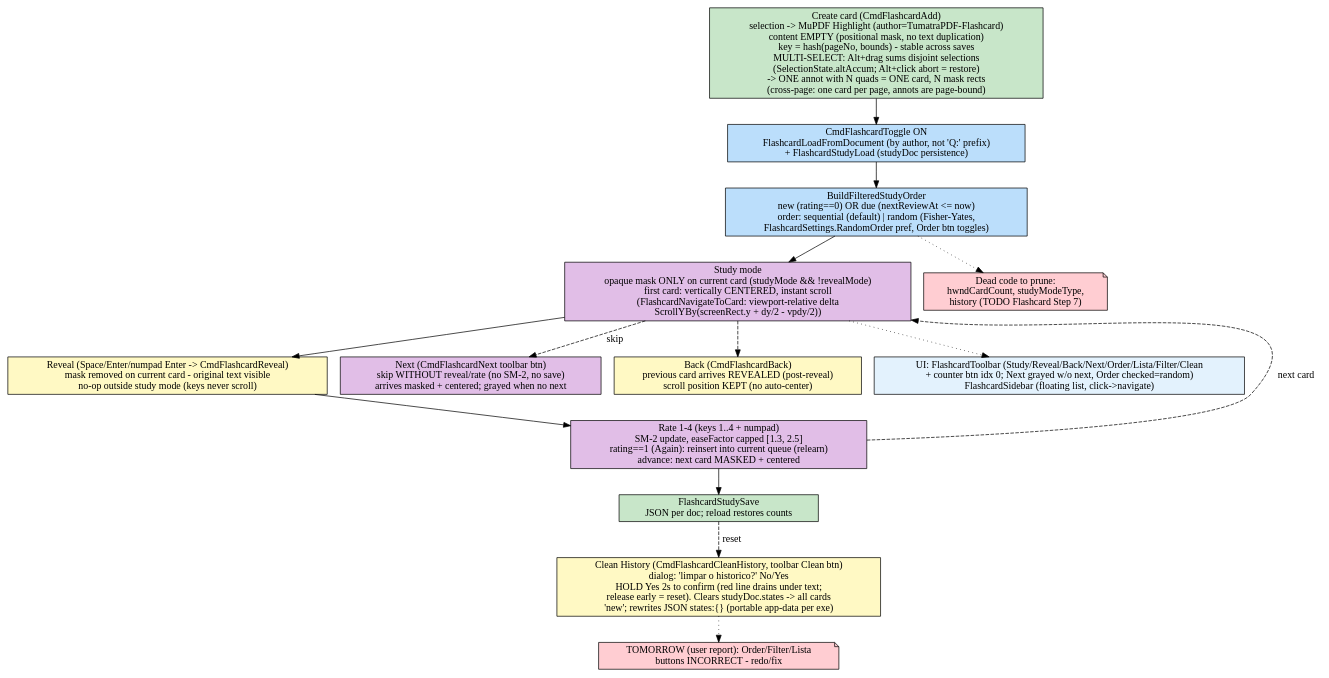
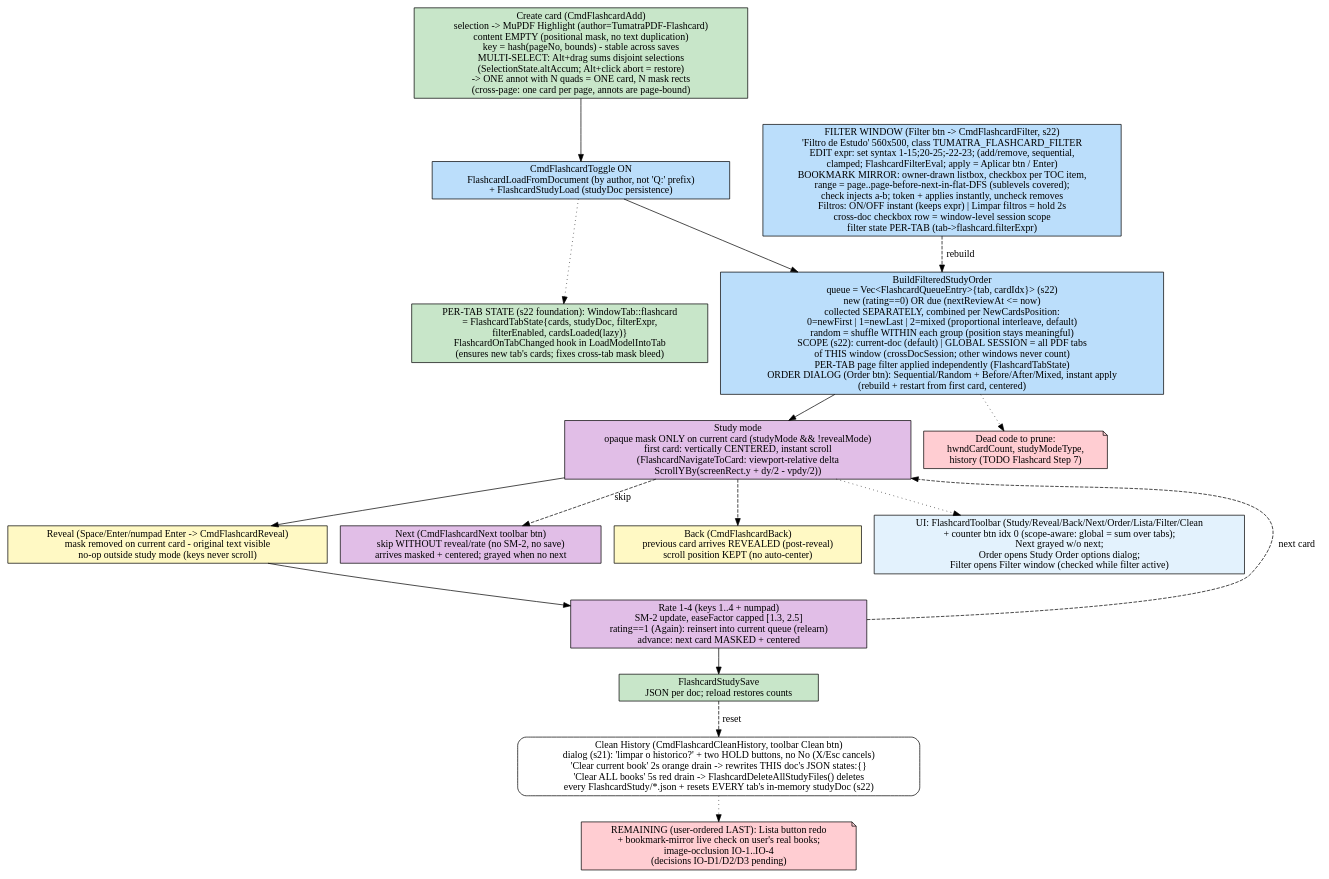
The diagram in FLOW/flashcard.dot (FelipeTesta/TumatraPDF), drawn with Graphviz before and after one commit. The commit also changed 23 other files, not shown here.

```diff
--- a/FLOW/flashcard.dot
+++ b/FLOW/flashcard.dot
@@ -1,30 +1,35 @@
 digraph Flashcard {
     rankdir=TB;
     node [shape=box, style=rounded];
 
     create [label="Create card (CmdFlashcardAdd)\nselection -> MuPDF Highlight (author=TumatraPDF-Flashcard)\ncontent EMPTY (positional mask, no text duplication)\nkey = hash(pageNo, bounds) - stable across saves\nMULTI-SELECT: Alt+drag sums disjoint selections\n(SelectionState.altAccum; Alt+click abort = restore)\n-> ONE annot with N quads = ONE card, N mask rects\n(cross-page: one card per page, annots are page-bound)", fillcolor="#c8e6c9", style=filled];
     load [label="CmdFlashcardToggle ON\nFlashcardLoadFromDocument (by author, not 'Q:' prefix)\n+ FlashcardStudyLoad (studyDoc persistence)", fillcolor="#bbdefb", style=filled];
-    filter [label="BuildFilteredStudyOrder\nnew (rating==0) OR due (nextReviewAt <= now)\norder: sequential (default) | random (Fisher-Yates,\nFlashcardSettings.RandomOrder pref, Order btn toggles)", fillcolor="#bbdefb", style=filled];
+    filter [label="BuildFilteredStudyOrder\nqueue = Vec<FlashcardQueueEntry>{tab, cardIdx}> (s22)\nnew (rating==0) OR due (nextReviewAt <= now)\ncollected SEPARATELY, combined per NewCardsPosition:\n0=newFirst | 1=newLast | 2=mixed (proportional interleave, default)\nrandom = shuffle WITHIN each group (position stays meaningful)\nSCOPE (s22): current-doc (default) | GLOBAL SESSION = all PDF tabs\nof THIS window (crossDocSession; other windows never count)\nPER-TAB page filter applied independently (FlashcardTabState)\nORDER DIALOG (Order btn): Sequential/Random + Before/After/Mixed, instant apply\n(rebuild + restart from first card, centered)", fillcolor="#bbdefb", style=filled];
+    filterdlg [label="FILTER WINDOW (Filter btn -> CmdFlashcardFilter, s22)\n'Filtro de Estudo' 560x500, class TUMATRA_FLASHCARD_FILTER\nEDIT expr: set syntax 1-15;20-25;-22-23; (add/remove, sequential,\nclamped; FlashcardFilterEval; apply = Aplicar btn / Enter)\nBOOKMARK MIRROR: owner-drawn listbox, checkbox per TOC item,\nrange = page..page-before-next-in-flat-DFS (sublevels covered);\ncheck injects a-b; token + applies instantly, uncheck removes\nFiltros: ON/OFF instant (keeps expr) | Limpar filtros = hold 2s\ncross-doc checkbox row = window-level session scope\nfilter state PER-TAB (tab->flashcard.filterExpr)", fillcolor="#bbdefb", style=filled];
+    filterdlg -> filter [style=dashed, label="rebuild"];
     study [label="Study mode\nopaque mask ONLY on current card (studyMode && !revealMode)\nfirst card: vertically CENTERED, instant scroll\n(FlashcardNavigateToCard: viewport-relative delta\nScrollYBy(screenRect.y + dy/2 - vpdy/2))", fillcolor="#e1bee7", style=filled];
     reveal [label="Reveal (Space/Enter/numpad Enter -> CmdFlashcardReveal)\nmask removed on current card - original text visible\nno-op outside study mode (keys never scroll)", fillcolor="#fff9c4", style=filled];
     rate [label="Rate 1-4 (keys 1..4 + numpad)\nSM-2 update, easeFactor capped [1.3, 2.5]\nrating==1 (Again): reinsert into current queue (relearn)\nadvance: next card MASKED + centered", fillcolor="#e1bee7", style=filled];
     next [label="Next (CmdFlashcardNext toolbar btn)\nskip WITHOUT reveal/rate (no SM-2, no save)\narrives masked + centered; grayed when no next", fillcolor="#e1bee7", style=filled];
     back [label="Back (CmdFlashcardBack)\nprevious card arrives REVEALED (post-reveal)\nscroll position KEPT (no auto-center)", fillcolor="#fff9c4", style=filled];
     persist [label="FlashcardStudySave\nJSON per doc; reload restores counts", fillcolor="#c8e6c9", style=filled];
 
     create -> load -> filter -> study -> reveal -> rate -> persist;
     rate -> study [style=dashed, label="next card"];
     study -> next [style=dashed, label="skip"];
     study -> back [style=dashed];
 
-    clean [label="Clean History (CmdFlashcardCleanHistory, toolbar Clean btn)\ndialog: 'limpar o historico?' No/Yes\nHOLD Yes 2s to confirm (red line drains under text;\nrelease early = reset). Clears studyDoc.states -> all cards\n'new'; rewrites JSON states:{} (portable app-data per exe)", fillcolor="#fff9c4", style=filled];
+    clean [label="Clean History (CmdFlashcardCleanHistory, toolbar Clean btn)\ndialog (s21): 'limpar o historico?' + two HOLD buttons, no No (X/Esc cancels)\n'Clear current book' 2s orange drain -> rewrites THIS doc's JSON states:{}\n'Clear ALL books' 5s red drain -> FlashcardDeleteAllStudyFiles() deletes\nevery FlashcardStudy/*.json + resets EVERY tab's in-memory studyDoc (s22)"];
     persist -> clean [style=dashed, label="reset"];
-    pending [label="TOMORROW (user report): Order/Filter/Lista\nbuttons INCORRECT - redo/fix", shape=note, fillcolor="#ffcdd2", style=filled];
+    pending [label="REMAINING (user-ordered LAST): Lista button redo\n+ bookmark-mirror live check on user's real books;\nimage-occlusion IO-1..IO-4\n(decisions IO-D1/D2/D3 pending)", shape=note, fillcolor="#ffcdd2", style=filled];
     clean -> pending [style=dotted];
 
     dead [label="Dead code to prune:\nhwndCardCount, studyModeType,\nhistory (TODO Flashcard Step 7)", shape=note, fillcolor="#ffcdd2", style=filled];
     filter -> dead [style=dotted];
 
-    ui [label="UI: FlashcardToolbar (Study/Reveal/Back/Next/Order/Lista/Filter/Clean\n+ counter btn idx 0; Next grayed w/o next, Order checked=random)\nFlashcardSidebar (floating list, click->navigate)", shape=box, fillcolor="#e3f2fd", style=filled];
+    ui [label="UI: FlashcardToolbar (Study/Reveal/Back/Next/Order/Lista/Filter/Clean\n+ counter btn idx 0 (scope-aware: global = sum over tabs);\nNext grayed w/o next;\nOrder opens Study Order options dialog;\nFilter opens Filter window (checked while filter active)", shape=box, fillcolor="#e3f2fd", style=filled];
     study -> ui [style=dotted];
+
+    pertab [label="PER-TAB STATE (s22 foundation): WindowTab::flashcard\n= FlashcardTabState{cards, studyDoc, filterExpr,\nfilterEnabled, cardsLoaded(lazy)}\nFlashcardOnTabChanged hook in LoadModelIntoTab\n(ensures new tab's cards; fixes cross-tab mask bleed)", fillcolor="#c8e6c9", style=filled];
+    load -> pertab [style=dotted];
 }
```
